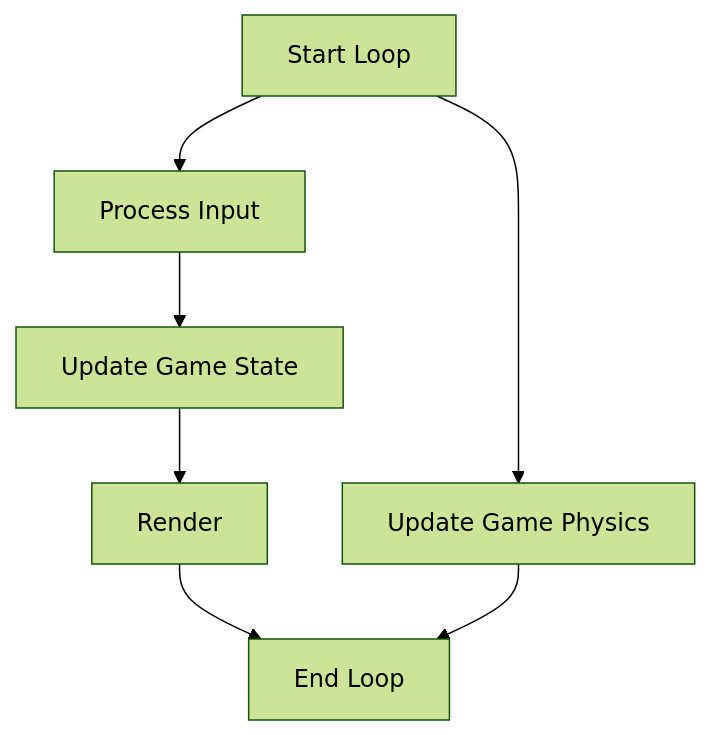
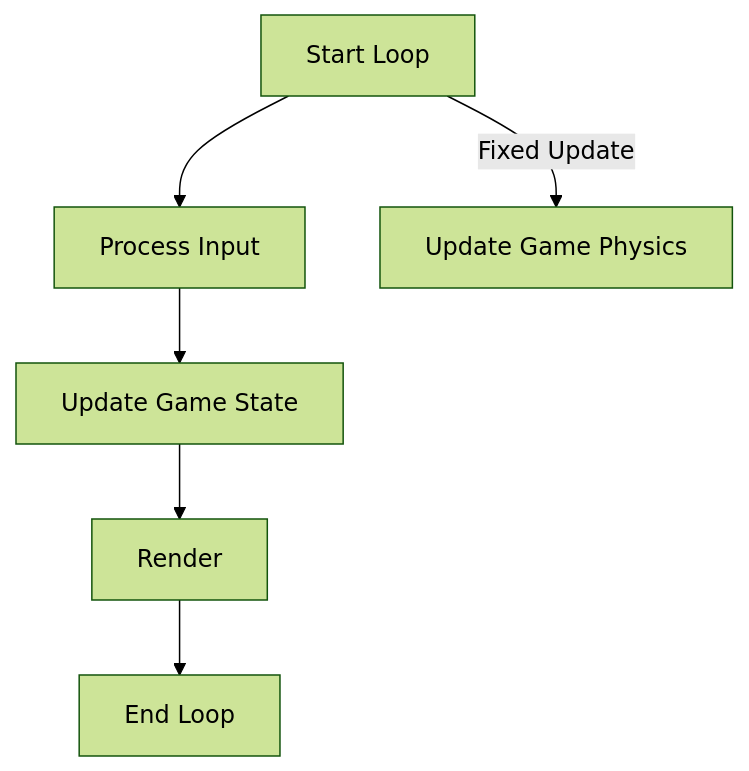
One commit to LowLevelDevTeam/GCEP changed the second of 2 diagrams in README.md. Above: the diagram before and after it, drawn with Mermaid (forest theme). The commit also changed other lines of this file, not shown here.

````diff
--- a/README.md
+++ b/README.md
@@ -238,9 +233,8 @@
 ```mermaid
-graph TD;
+graph
     A[Start Loop] --> B[Process Input];
     B --> C[Update Game State];
-    A --> D[Update Game Physics];
+    A --> |Fixed Update|D[Update Game Physics];
     C --> E[Render];
     E --> F[End Loop];
-    D --> F
 ```
````
